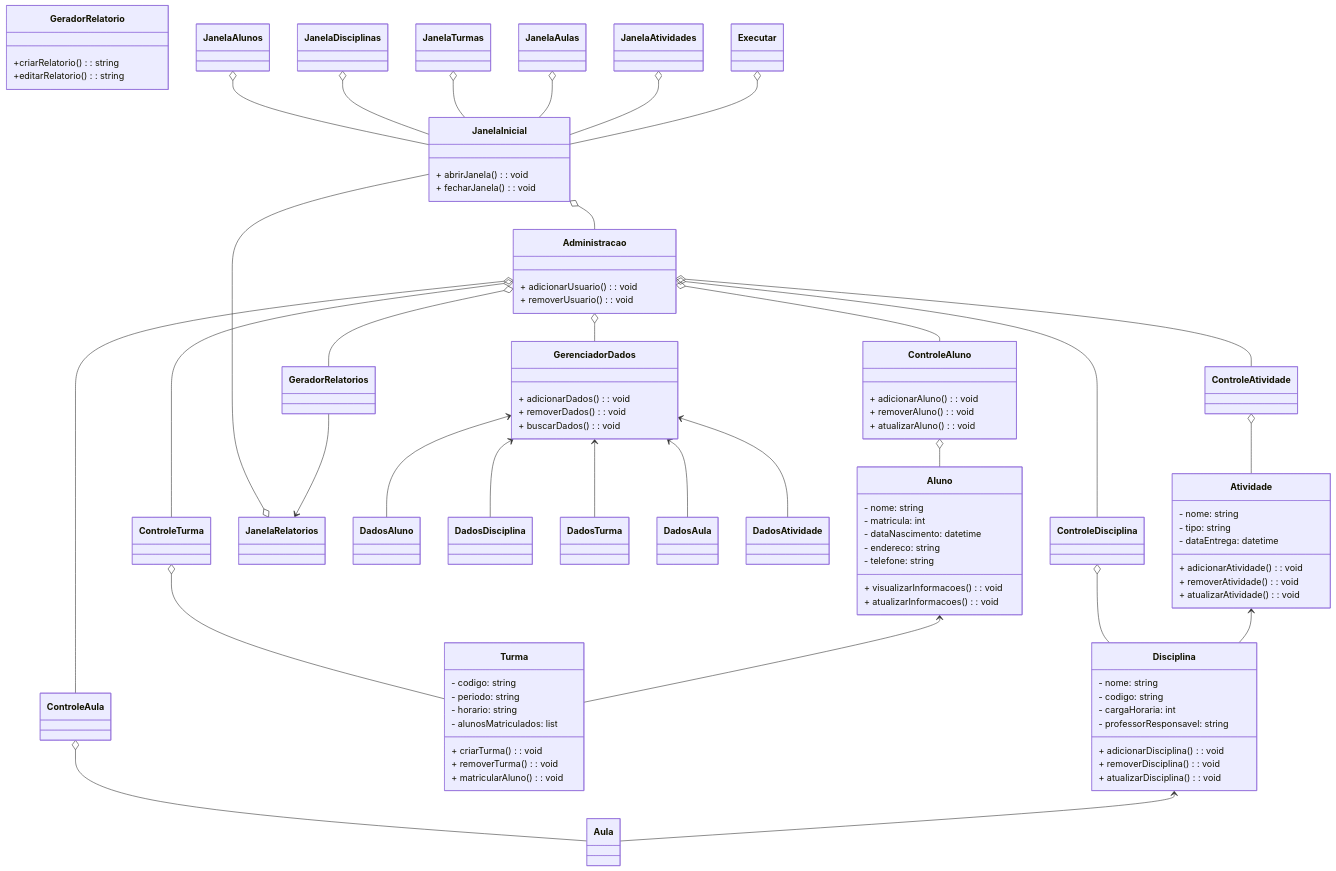
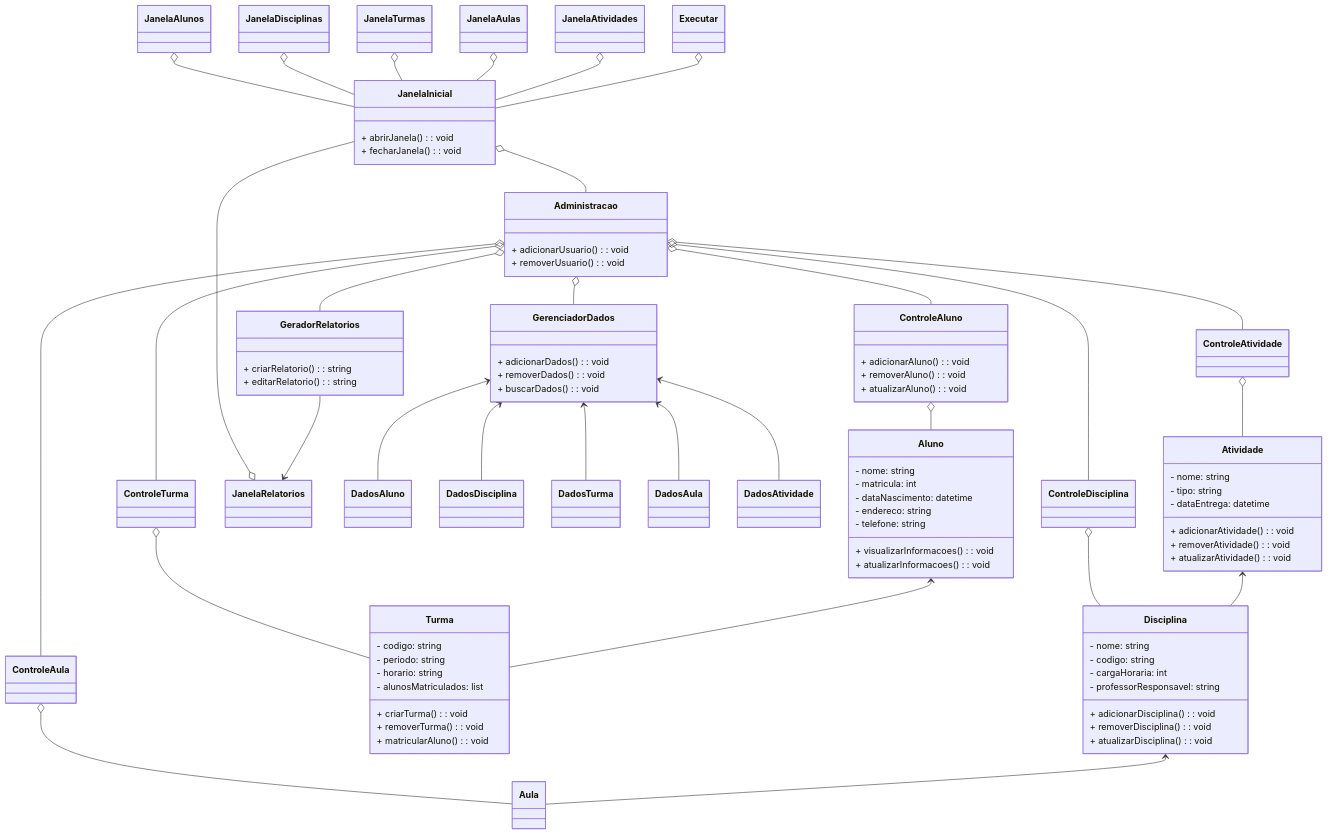
Before and after one commit to mamaclara99/diagramaclasses: the diagram in EngSoft.md, drawn with Mermaid.

```diff
--- a/EngSoft.md
+++ b/EngSoft.md
@@ -61,9 +61,9 @@
         + removerTurma(): void
         + matricularAluno(): void
     }
-    class GeradorRelatorio {
-        +criarRelatorio (): string
-        +editarRelatorio (): string
+    class GeradorRelatorios {
+        + criarRelatorio (): string
+        + editarRelatorio (): string
     }
 
     JanelaInicial o-- Administracao
```
